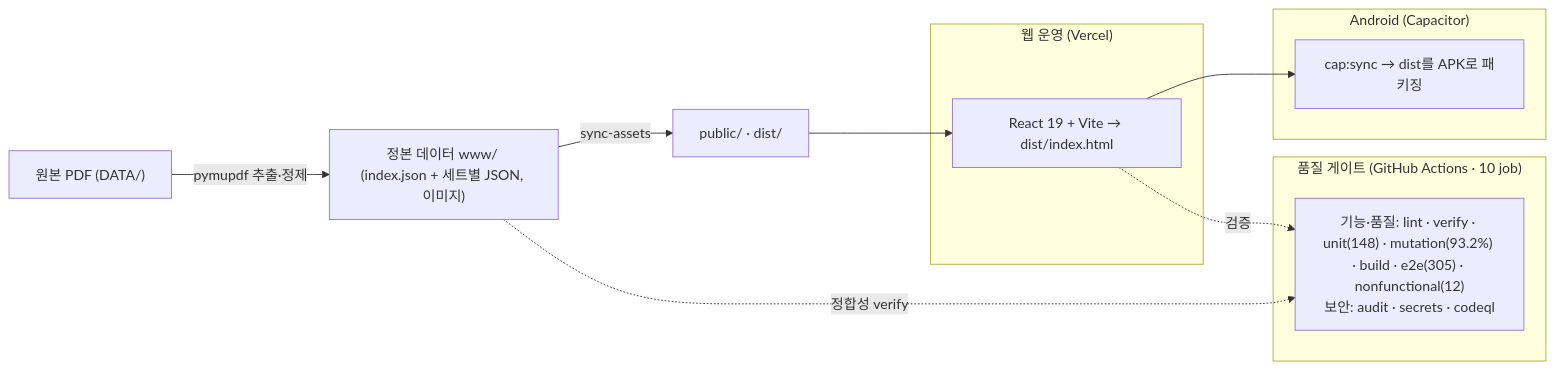
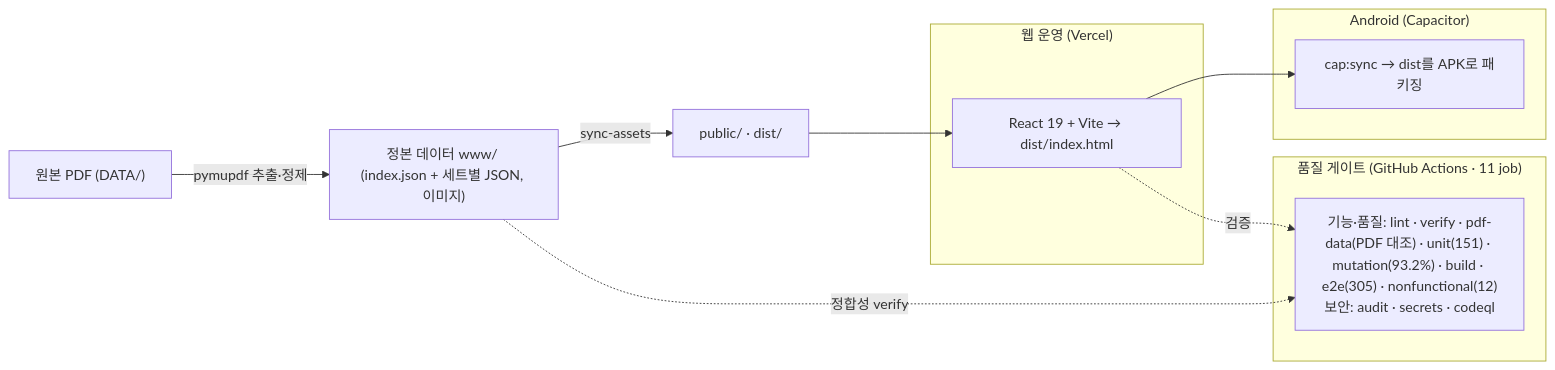
The diagram in README.md (WindowHyun/ISTQB), drawn with Mermaid before and after one commit. The commit also changed other lines of this file and 7 other files, not shown here.

First line of the commit message:
docs: 전 문서 최신화 — 유닛 151·CI 11-job·PDF 대조 게이트·정합성 교정 이력 반영

````diff
--- a/README.md
+++ b/README.md
@@ -181,20 +181,20 @@
 ```mermaid
 flowchart LR
   PDF["원본 PDF (DATA/)"] -->|pymupdf 추출·정제| SRC["정본 데이터 www/ (index.json + 세트별 JSON, 이미지)"]
   SRC -->|sync-assets| PUB["public/ · dist/"]
 
   subgraph 웹_운영["웹 운영 (Vercel)"]
     REACT["React 19 + Vite → dist/index.html"]
   end
   subgraph APK["Android (Capacitor)"]
     CAP["cap:sync → dist를 APK로 패키징"]
   end
   PUB --> REACT
   REACT --> CAP
 
-  subgraph 품질["품질 게이트 (GitHub Actions · 10 job)"]
-    CI["기능·품질: lint · verify · unit(148) · mutation(93.2%) · build · e2e(305) · nonfunctional(12)<br/>보안: audit · secrets · codeql"]
+  subgraph 품질["품질 게이트 (GitHub Actions · 11 job)"]
+    CI["기능·품질: lint · verify · pdf-data(PDF 대조) · unit(151) · mutation(93.2%) · build · e2e(305) · nonfunctional(12)<br/>보안: audit · secrets · codeql"]
   end
   REACT -.검증.-> CI
   SRC -.정합성 verify.-> CI
 ```
````
